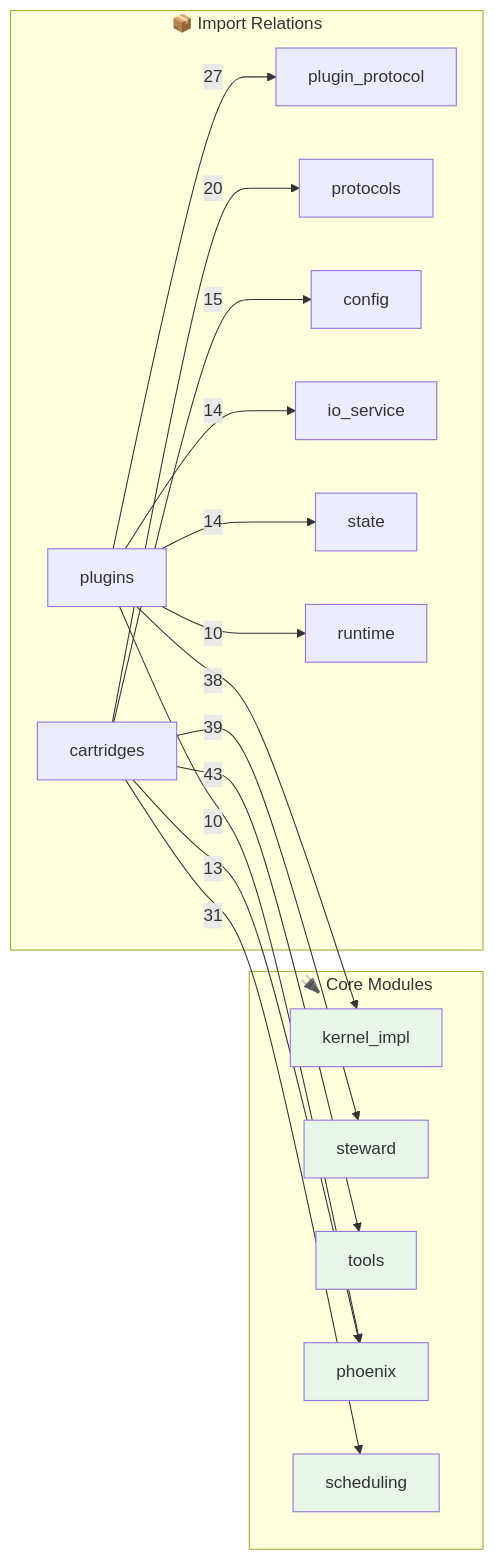
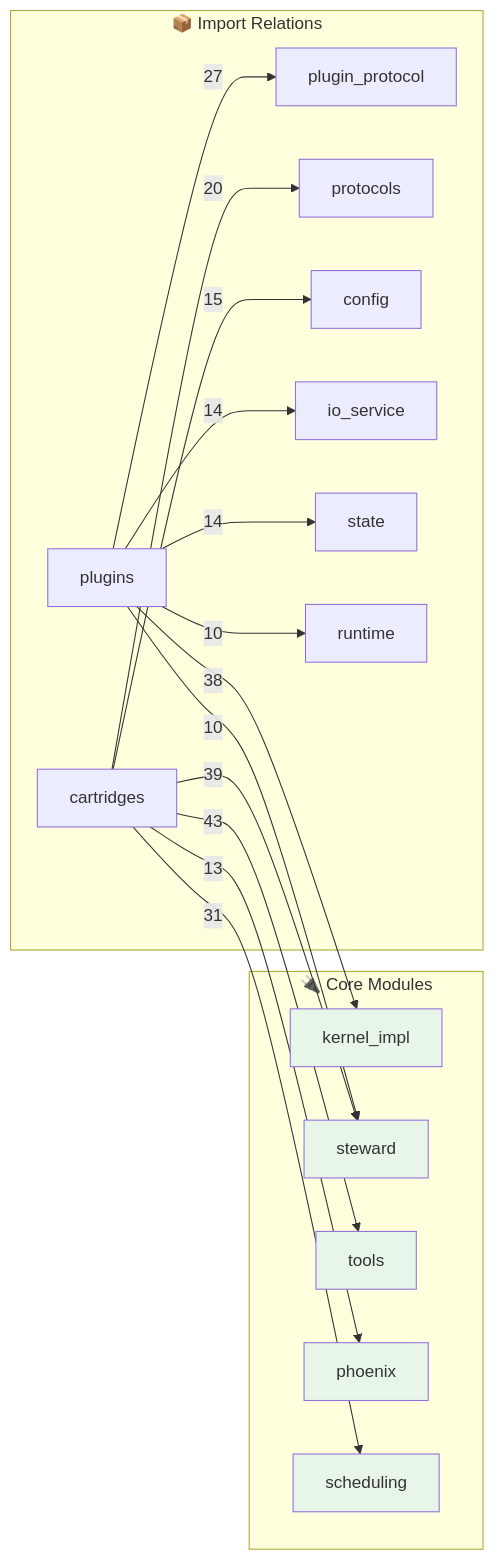
One commit to kimeisele/steward-protocol changed the second of 2 diagrams in OPUS.md. Above: the diagram before and after it, drawn with Mermaid. The commit also changed other lines of this file and 13 other files, not shown here.

````diff
--- a/OPUS.md
+++ b/OPUS.md
@@ -510,31 +510,31 @@
 ```mermaid
 flowchart LR
     subgraph Core["🔌 Core Modules"]
         kernel_impl[kernel_impl]
         steward[steward]
         tools[tools]
         phoenix[phoenix]
         scheduling[scheduling]
     end
 
     subgraph Edges["📦 Import Relations"]
         cartridges -->|43| tools
         cartridges -->|39| steward
         plugins -->|38| kernel_impl
         cartridges -->|31| scheduling
         plugins -->|27| plugin_protocol
         cartridges -->|20| protocols
         cartridges -->|15| config
         plugins -->|14| io_service
         plugins -->|14| state
         cartridges -->|13| phoenix
         plugins -->|10| runtime
-        plugins -->|10| phoenix
+        plugins -->|10| steward
     end
 
     style kernel_impl fill:#e8f5e9
     style steward fill:#e8f5e9
     style tools fill:#e8f5e9
     style phoenix fill:#e8f5e9
     style scheduling fill:#e8f5e9
 ```
````
